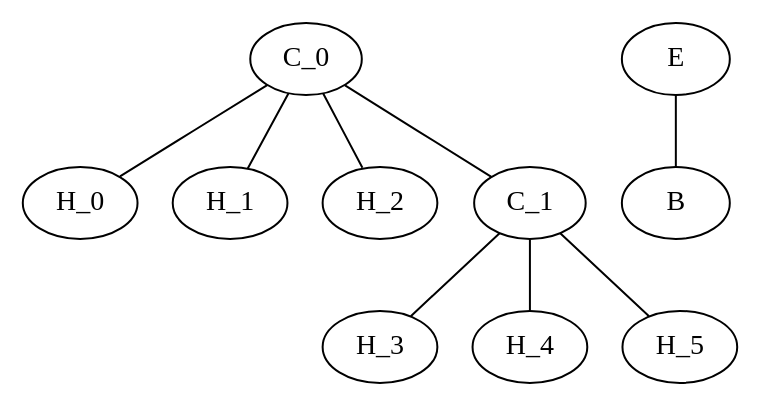
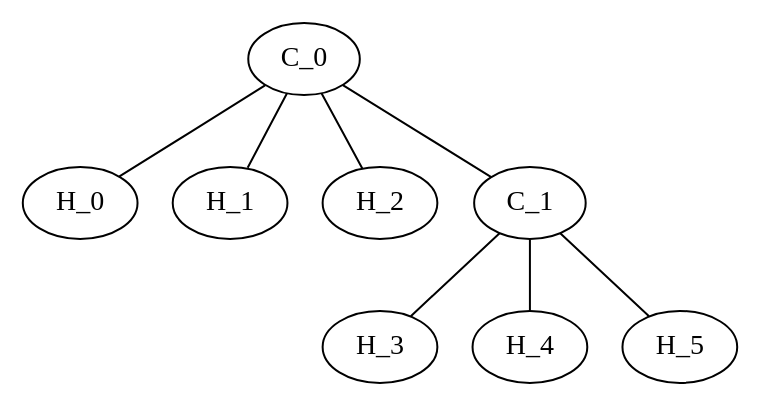
Before and after one commit to junekihong/JumanG: the diagram in dot/ethane.dot, drawn with Graphviz. The commit also changed 3 other files, not shown here.

```diff
--- a/dot/ethane.dot
+++ b/dot/ethane.dot
@@ -1,16 +1,16 @@
 graph ethane {
      C_0 -- H_0 [type=s];
      C_0 -- H_1 [type=s];
      C_0 -- H_2 [type=s];
      C_0 -- C_1 [type=s];
      C_1 -- H_3 [type=s];
      C_1 -- H_4 [type=s];
      C_1 -- H_5 [type=s];
 
 //     A -- B//A -- B
      
 //     B -- C
 /*     D -- E
-     */E -- B
-     
+     E -- B
+     */
  }
```
